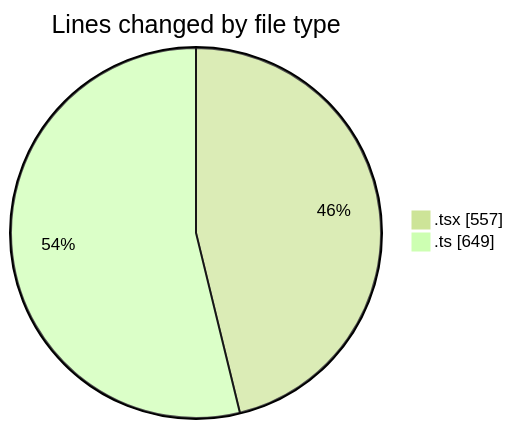
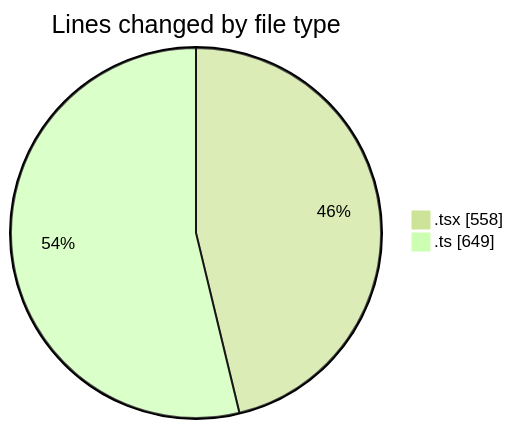
The first of 2 diagrams in 2025-10-15/eventscop-frontend-guide__workspace_/README.md (julien-gomy/code-tracking), drawn with Mermaid (forest theme) before and after one commit. The commit also changed other lines of this file and 1 other file, not shown here.

````diff
--- a/2025-10-15/eventscop-frontend-guide__workspace_/README.md
+++ b/2025-10-15/eventscop-frontend-guide__workspace_/README.md
@@ -25,6 +25,6 @@
 ```mermaid
 pie showData
 title Lines changed by file type
-".tsx" : 557
+".tsx" : 558
 ".ts" : 649
 ```
````
